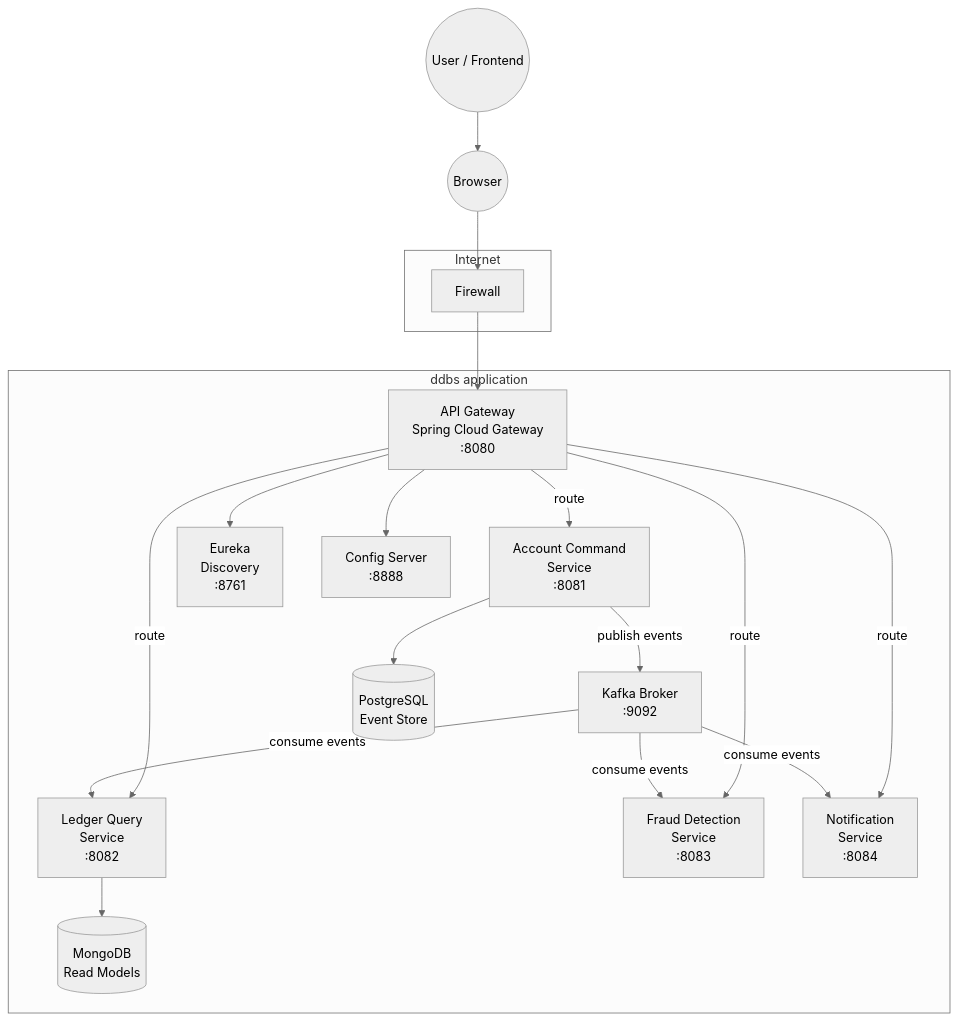
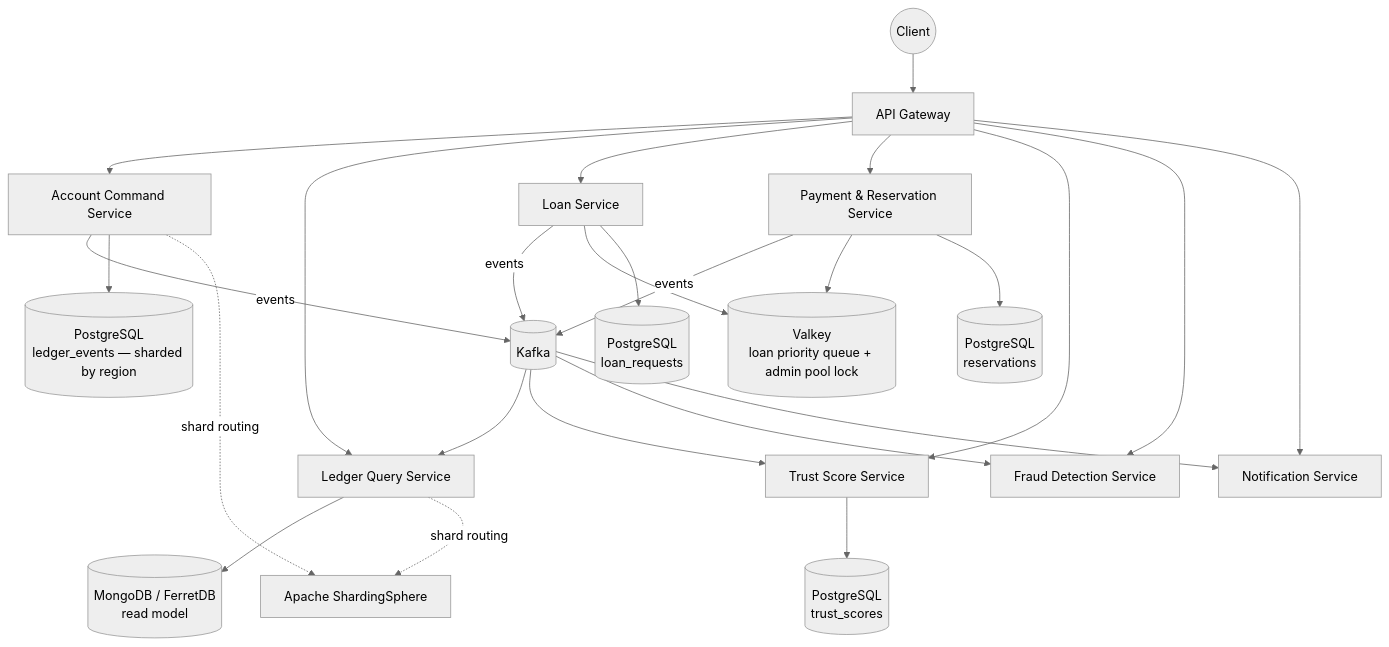
The diagram in docs/ARCHITECTURE.md (Datta2006/Event-Sourced-Banking-Ledger), drawn with Mermaid (neutral theme) before and after one commit. The commit also changed other lines of this file and 109 other files, not shown here.

````diff
--- a/docs/ARCHITECTURE.md
+++ b/docs/ARCHITECTURE.md
@@ -32,38 +14,29 @@
 ```mermaid
 graph TB
-    User((User / Frontend))
-    Browser((Browser))
+    U((Client)) --> GW[API Gateway]
+    GW --> CMD[Account Command Service]
+    GW --> QRY[Ledger Query Service]
+    GW --> LOAN[Loan Service]
+    GW --> PAY[Payment & Reservation Service]
+    GW --> TRUST[Trust Score Service]
+    GW --> FRD[Fraud Detection Service]
+    GW --> NTF[Notification Service]
 
-    subgraph "Internet"
-        FW[Firewall]
-    end
+    CMD -->|events| KAFKA[(Kafka)]
+    LOAN -->|events| KAFKA
+    PAY -->|events| KAFKA
+    KAFKA --> QRY
+    KAFKA --> TRUST
+    KAFKA --> FRD
+    KAFKA --> NTF
 
-    subgraph "ddbs application"
-        GW[API Gateway\nSpring Cloud Gateway\n:8080]
-        CMD[Account Command\nService\n:8081]
-        LED[Ledger Query\nService\n:8082]
-        FRD[Fraud Detection\nService\n:8083]
-        NTF[Notification\nService\n:8084]
-        KAF[Kafka Broker\n:9092]
-        PG[(PostgreSQL\nEvent Store)]
-        MGO[(MongoDB\nRead Models)]
-        DISC[Eureka\nDiscovery\n:8761]
-        CFG[Config Server\n:8888]
-    end
-
-    User --> Browser
-    Browser --> FW
-    FW --> GW
-    GW -->|route| CMD
-    GW -->|route| LED
-    GW -->|route| FRD
-    GW -->|route| NTF
-    CMD -->|publish events| KAF
-    KAF -->|consume events| LED
-    KAF -->|consume events| FRD
-    KAF -->|consume events| NTF
-    CMD --> PG
-    LED --> MGO
-    GW --> DISC
-    GW --> CFG
+    CMD --> PGCORE[(PostgreSQL<br/>ledger_events — sharded by region)]
+    LOAN --> VALKEY[(Valkey<br/>loan priority queue + admin pool lock)]
+    LOAN --> PGLOAN[(PostgreSQL<br/>loan_requests)]
+    PAY --> VALKEY
+    PAY --> PGPAY[(PostgreSQL<br/>reservations)]
+    TRUST --> PGTRUST[(PostgreSQL<br/>trust_scores)]
+    QRY --> MONGO[(MongoDB / FerretDB<br/>read model)]
+    CMD -.->|shard routing| SHARDSPHERE[Apache ShardingSphere]
+    QRY -.->|shard routing| SHARDSPHERE
 ```
````
